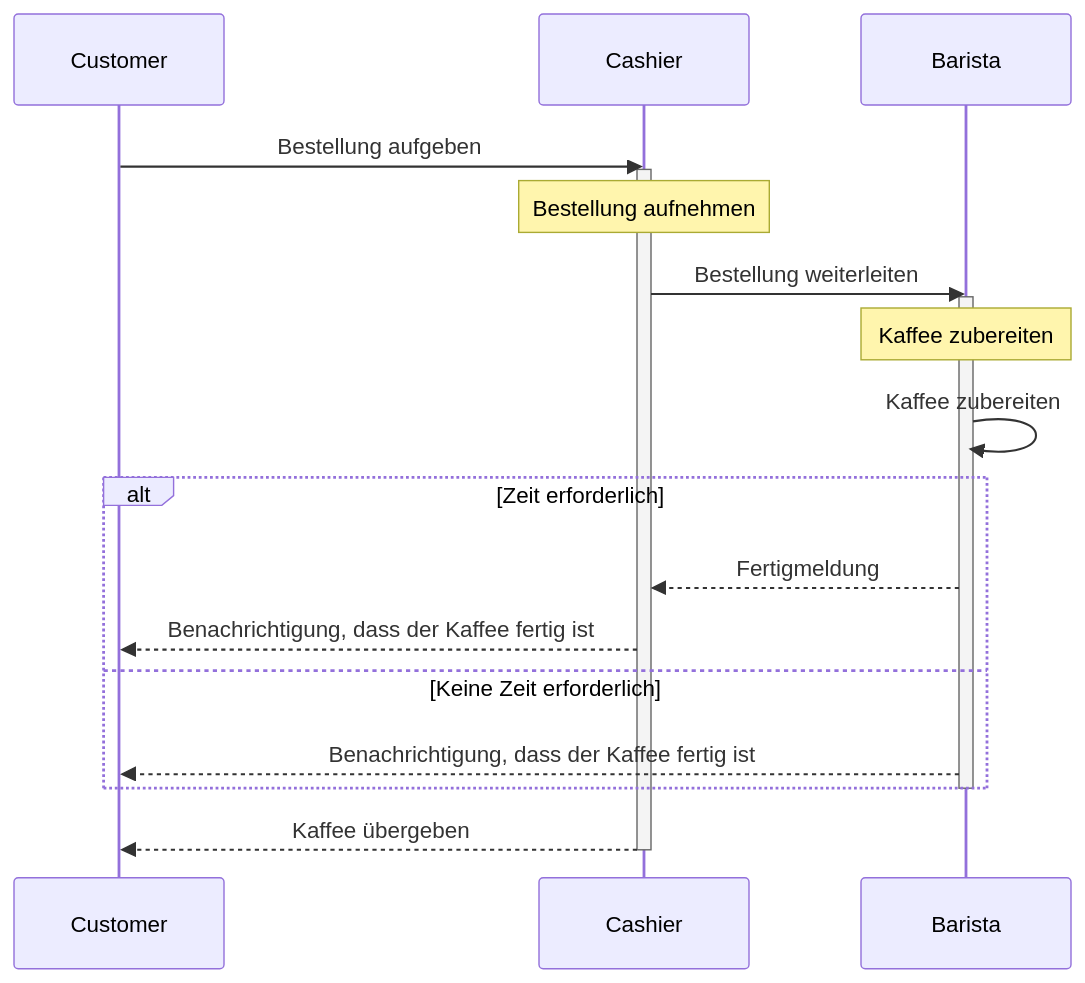
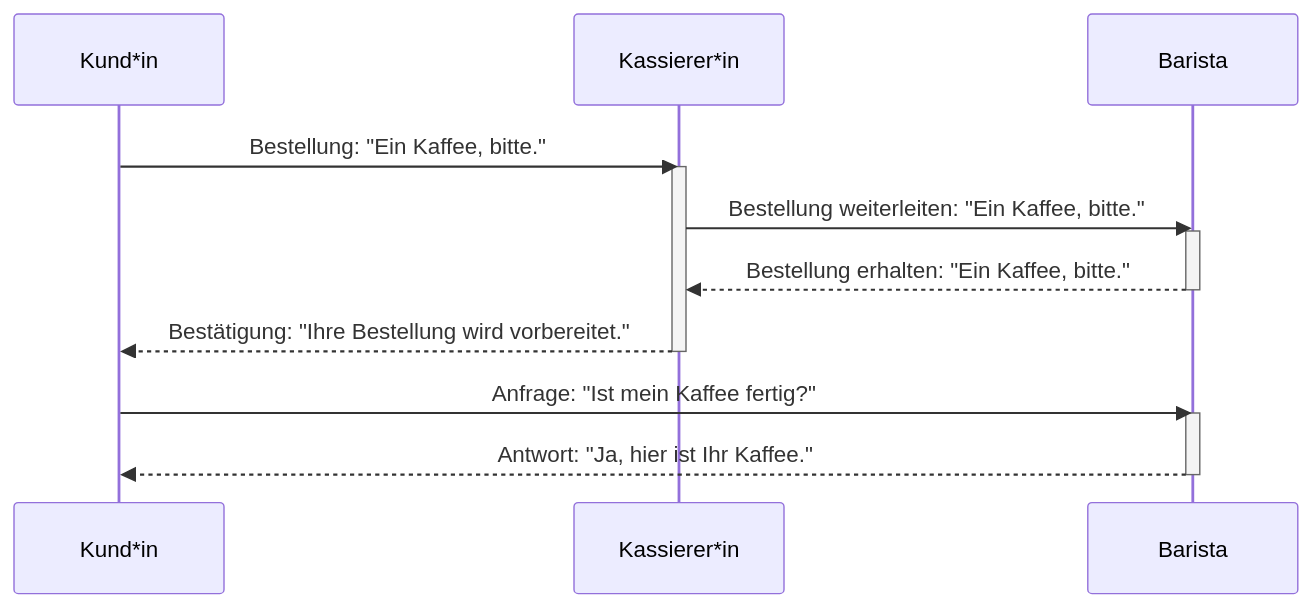
The first of 4 diagrams in Portfolioaufgabe VS.md (timpaschke/dhbw-VerteilteSystemPortfolio), drawn with Mermaid before and after one commit. The commit also changed other lines of this file and 4 other files, not shown here.

````diff
--- a/Portfolioaufgabe VS.md
+++ b/Portfolioaufgabe VS.md
@@ -7,26 +7,20 @@
 ```mermaid
-%%{init: { "theme": "default", "themeVariables": { "fontSize": "14px" }}}%%
-%%{init: { "sequence": { "arrowEnd: "normal" }}}%%
-%%{init: { "sequence": { "width": 100, "height": 100 }}}%%
+sequenceDiagram
+    participant Kund*in
+    participant Kassierer*in
+    participant Barista
 
-	sequenceDiagram
-		participant Customer
-		participant Cashier
-		participant Barista
-		Customer ->> Cashier: Bestellung aufgeben
-		activate Cashier
-		Note over Cashier: Bestellung aufnehmen
-		Cashier ->> Barista: Bestellung weiterleiten
-		activate Barista
-		Note over Barista: Kaffee zubereiten
-		Barista ->> Barista: Kaffee zubereiten
-		alt Zeit erforderlich
-			Barista -->> Cashier: Fertigmeldung
-			Cashier -->> Customer: Benachrichtigung, dass der Kaffee fertig ist
-		else Keine Zeit erforderlich
-			Barista -->> Customer: Benachrichtigung, dass der Kaffee fertig ist
-		end
-		deactivate Barista
-		Cashier -->> Customer: Kaffee übergeben
-		deactivate Cashier
+    Kund*in->>Kassierer*in: Bestellung: "Ein Kaffee, bitte."
+    activate Kassierer*in
+    Kassierer*in->>Barista: Bestellung weiterleiten: "Ein Kaffee, bitte."
+    activate Barista
+    Barista-->>Kassierer*in: Bestellung erhalten: "Ein Kaffee, bitte."
+    deactivate Barista
+    Kassierer*in-->>Kund*in: Bestätigung: "Ihre Bestellung wird vorbereitet."
+    deactivate Kassierer*in
+    Kund*in->>Barista: Anfrage: "Ist mein Kaffee fertig?"
+    activate Barista
+    Barista-->>Kund*in: Antwort: "Ja, hier ist Ihr Kaffee."
+    deactivate Barista
+
 ```
````
